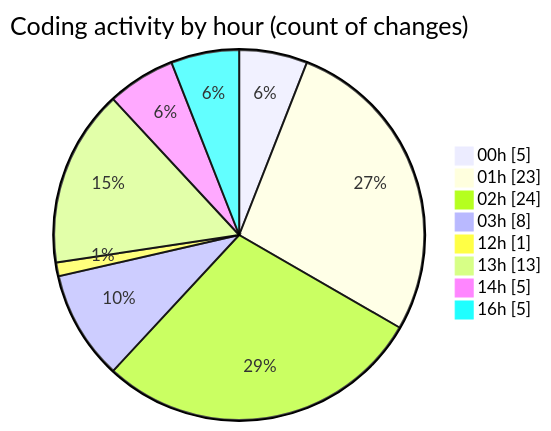
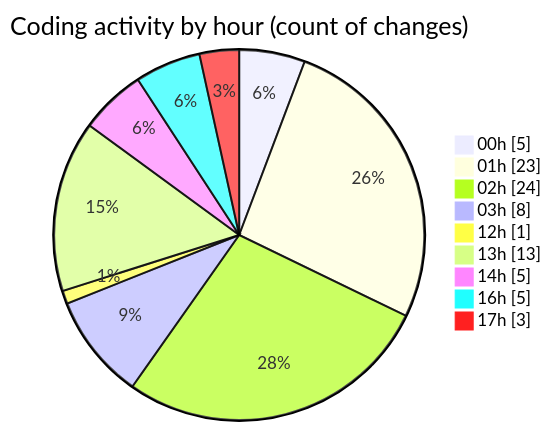
The second of 2 diagrams in 2025-11-06/usr_aleoudev_fr__workspace_/README.md (julien-gomy/code-tracking), drawn with Mermaid before and after one commit. The commit also changed other lines of this file and 1 other file, not shown here.

````diff
--- a/2025-11-06/usr_aleoudev_fr__workspace_/README.md
+++ b/2025-11-06/usr_aleoudev_fr__workspace_/README.md
@@ -33,12 +33,13 @@
 ```mermaid
 pie showData
 title Coding activity by hour (count of changes)
 "00h" : 5
 "01h" : 23
 "02h" : 24
 "03h" : 8
 "12h" : 1
 "13h" : 13
 "14h" : 5
 "16h" : 5
+"17h" : 3
 ```
````
